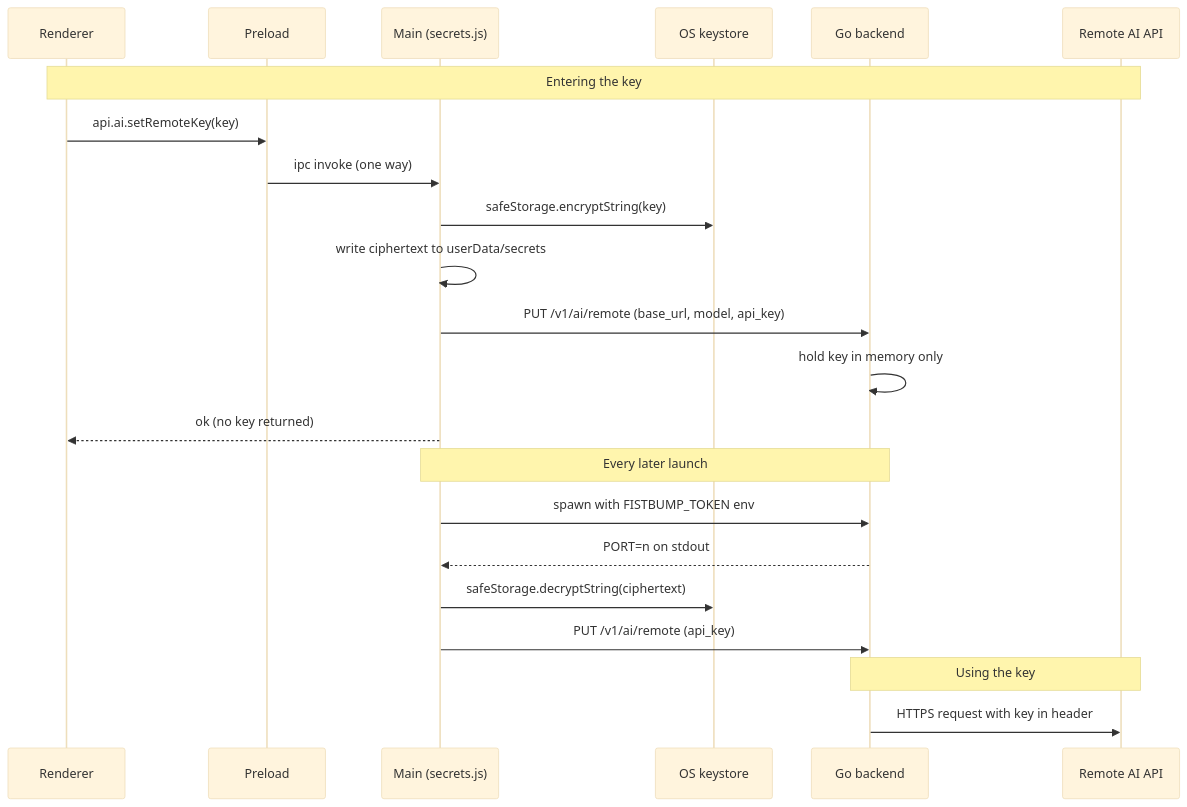
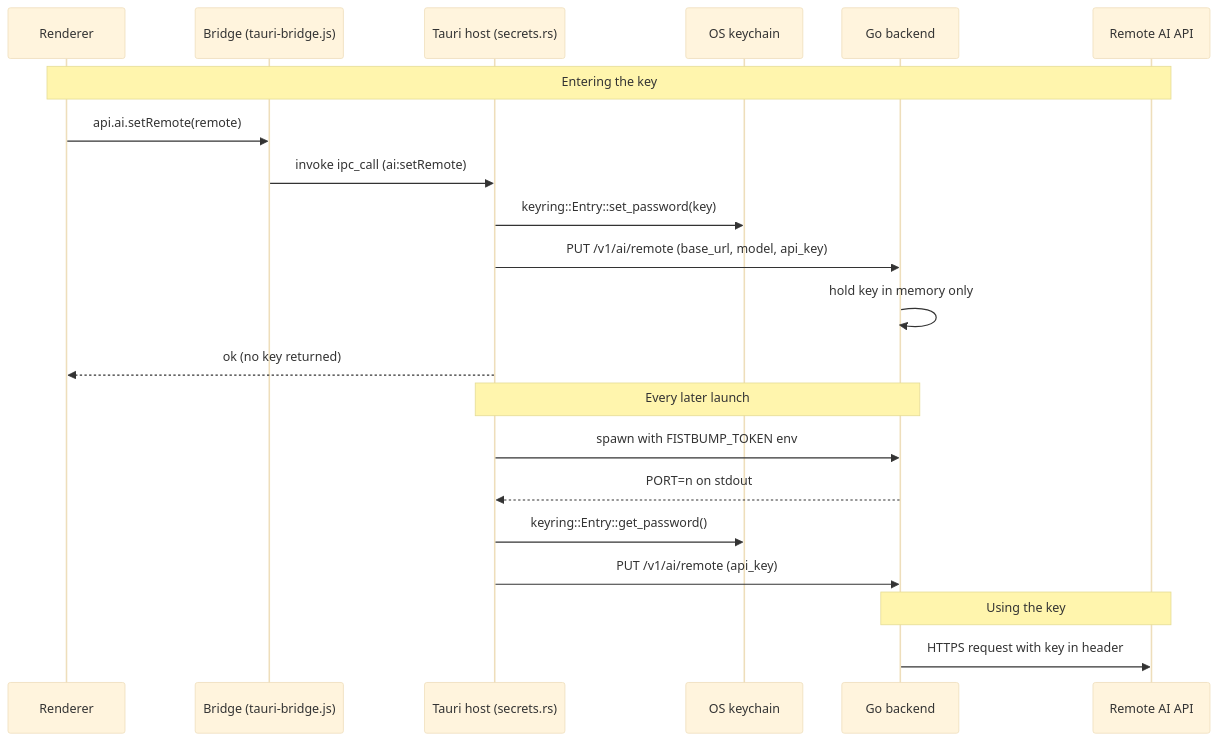
Before and after one commit to tlmcguire/fistbump: the eighth of 8 diagrams in docs/architecture.md, drawn with Mermaid (base theme). The commit also changed other lines of this file and 82 other files, not shown here.

````diff
--- a/docs/architecture.md
+++ b/docs/architecture.md
@@ -419,27 +427,26 @@
 ```mermaid
 sequenceDiagram
     participant R as Renderer
-    participant P as Preload
-    participant M as Main (secrets.js)
-    participant D as OS keystore
+    participant P as Bridge (tauri-bridge.js)
+    participant M as Tauri host (secrets.rs)
+    participant D as OS keychain
     participant G as Go backend
     participant A as Remote AI API
 
     Note over R,A: Entering the key
-    R->>P: api.ai.setRemoteKey(key)
-    P->>M: ipc invoke (one way)
-    M->>D: safeStorage.encryptString(key)
-    M->>M: write ciphertext to userData/secrets
+    R->>P: api.ai.setRemote(remote)
+    P->>M: invoke ipc_call (ai:setRemote)
+    M->>D: keyring::Entry::set_password(key)
     M->>G: PUT /v1/ai/remote (base_url, model, api_key)
     G->>G: hold key in memory only
     M-->>R: ok (no key returned)
 
     Note over M,G: Every later launch
     M->>G: spawn with FISTBUMP_TOKEN env
     G-->>M: PORT=n on stdout
-    M->>D: safeStorage.decryptString(ciphertext)
+    M->>D: keyring::Entry::get_password()
     M->>G: PUT /v1/ai/remote (api_key)
 
     Note over G,A: Using the key
     G->>A: HTTPS request with key in header
 ```
````
